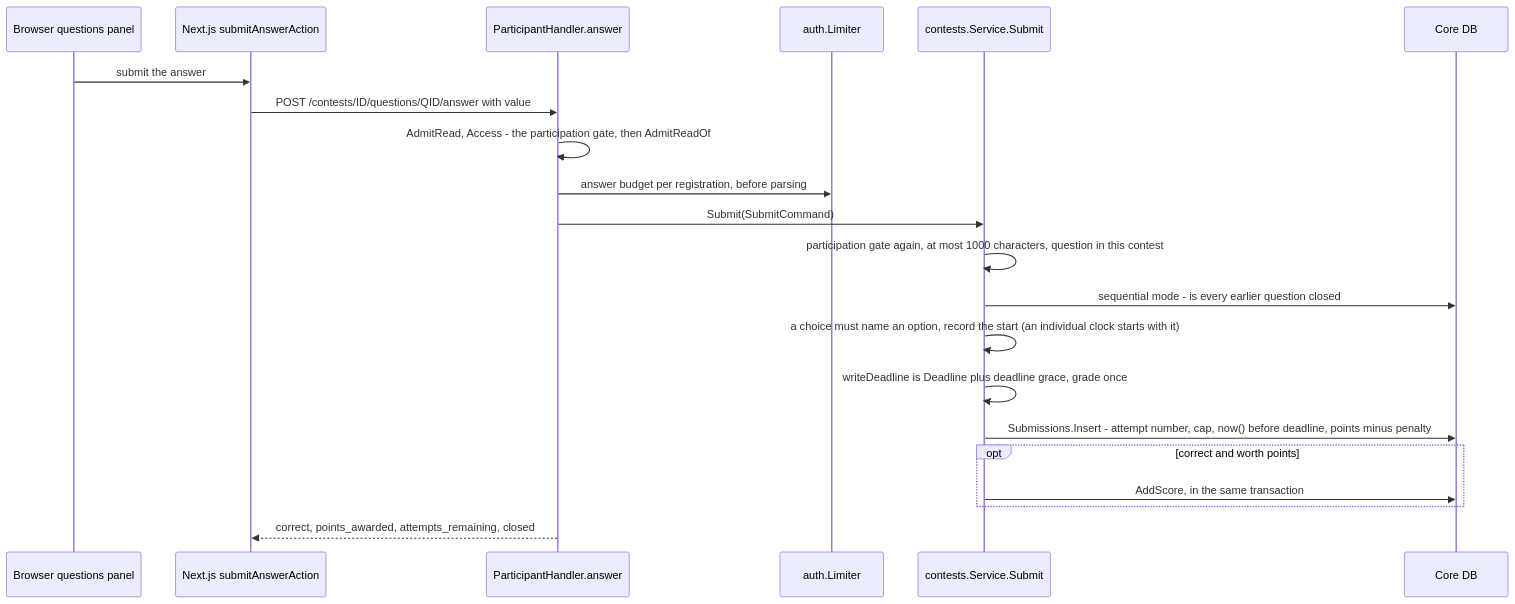
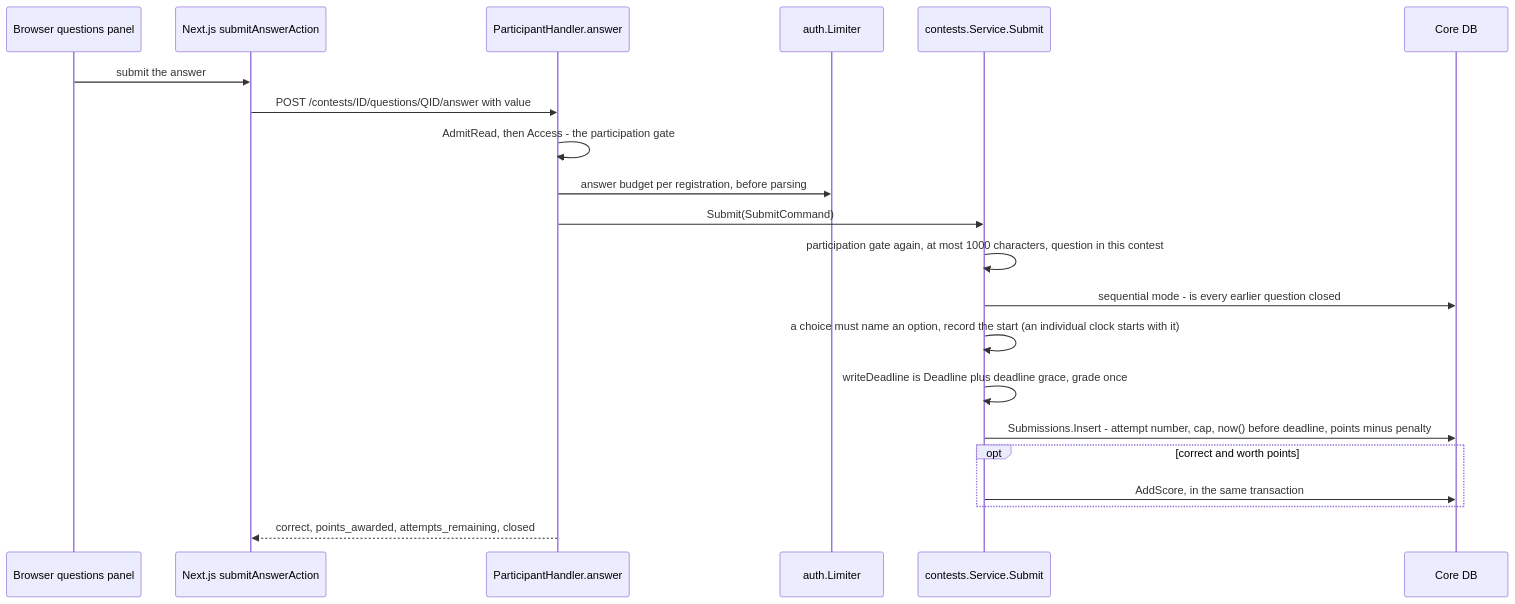
One commit to devrdn/olymp-db-platform changed diagram 11 of 14 in docs/guide/03-flows.md. Above: the diagram before and after it, drawn with Mermaid. The commit also changed other lines of this file and 24 other files, not shown here.

````diff
--- a/docs/guide/03-flows.md
+++ b/docs/guide/03-flows.md
@@ -709,24 +709,24 @@
 ```mermaid
 sequenceDiagram
     participant B as Browser questions panel
     participant W as Next.js submitAnswerAction
     participant H as ParticipantHandler.answer
     participant L as auth.Limiter
     participant S as contests.Service.Submit
     participant DB as Core DB
 
     B->>W: submit the answer
     W->>H: POST /contests/ID/questions/QID/answer with value
-    H->>H: AdmitRead, Access - the participation gate, then AdmitReadOf
+    H->>H: AdmitRead, then Access - the participation gate
     H->>L: answer budget per registration, before parsing
     H->>S: Submit(SubmitCommand)
     S->>S: participation gate again, at most 1000 characters, question in this contest
     S->>DB: sequential mode - is every earlier question closed
     S->>S: a choice must name an option, record the start (an individual clock starts with it)
     S->>S: writeDeadline is Deadline plus deadline grace, grade once
     S->>DB: Submissions.Insert - attempt number, cap, now() before deadline, points minus penalty
     opt correct and worth points
         S->>DB: AddScore, in the same transaction
     end
     H-->>W: correct, points_awarded, attempts_remaining, closed
 ```
````
